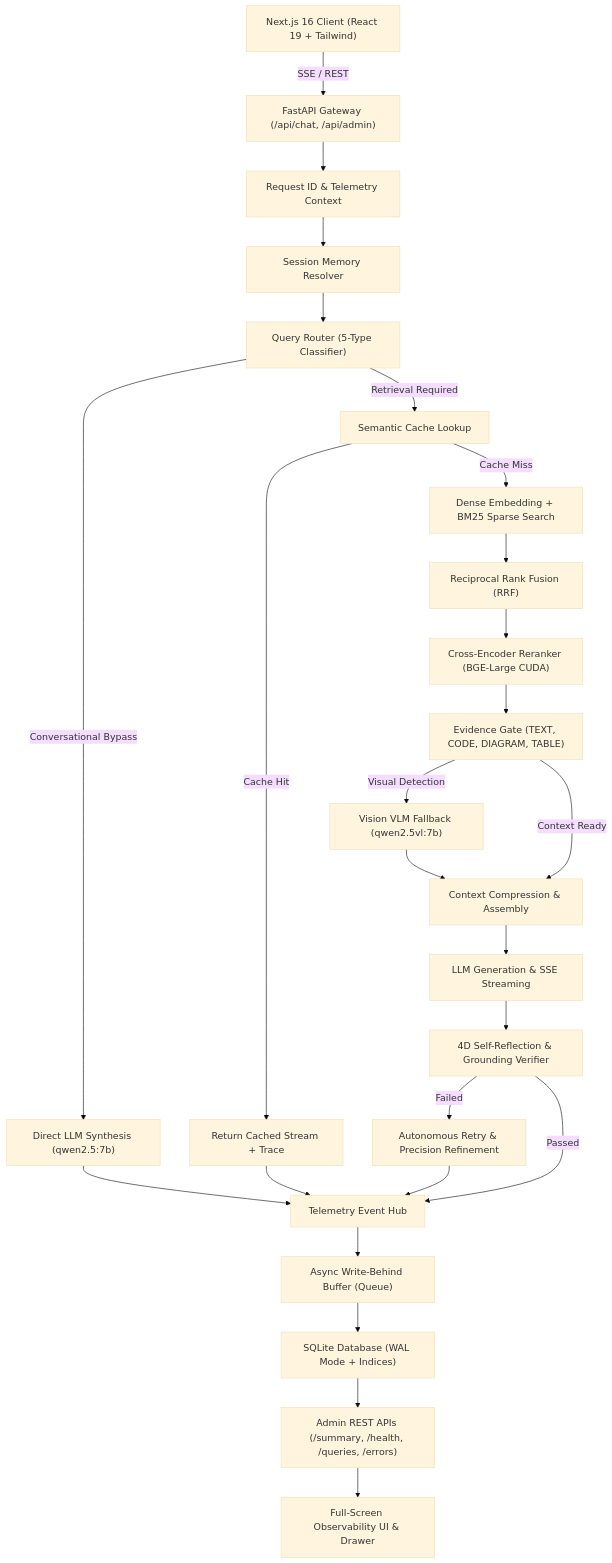
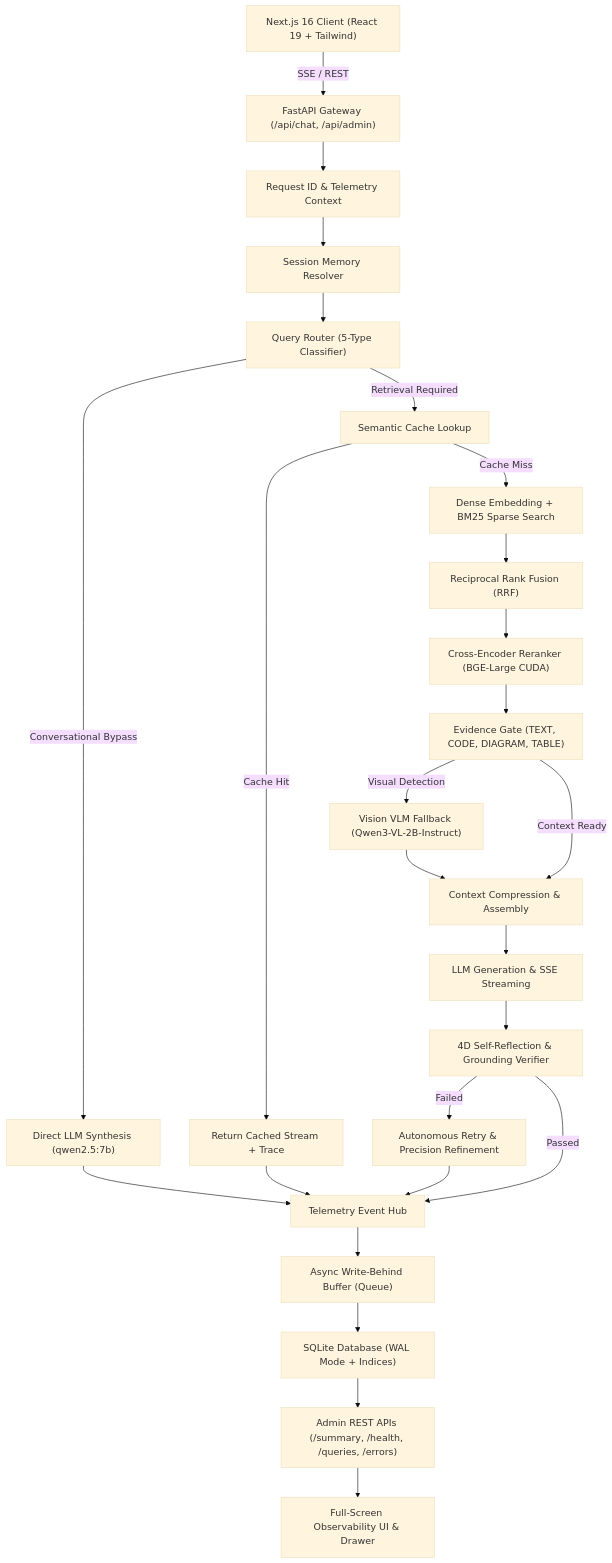
Before and after one commit to SoubhagyaJain/Company-policy-rag: the diagram in company_policy_rag/README.md, drawn with Mermaid (base theme). The commit also changed other lines of this file and 119 other files, not shown here.

````diff
--- a/company_policy_rag/README.md
+++ b/company_policy_rag/README.md
@@ -66,35 +66,35 @@
 ```mermaid
 flowchart TD
     UserClient["Next.js 16 Client (React 19 + Tailwind)"] -->|SSE / REST| FastAPIGateway["FastAPI Gateway (/api/chat, /api/admin)"]
     FastAPIGateway --> RequestIDContext["Request ID & Telemetry Context"]
     RequestIDContext --> MemoryResolver["Session Memory Resolver"]
     MemoryResolver --> QueryRouter["Query Router (5-Type Classifier)"]
 
     QueryRouter -->|Conversational Bypass| DirectSynthesis["Direct LLM Synthesis (qwen2.5:7b)"]
     QueryRouter -->|Retrieval Required| CacheCheck["Semantic Cache Lookup"]
 
     CacheCheck -->|Cache Hit| ReturnCached["Return Cached Stream + Trace"]
     CacheCheck -->|Cache Miss| HybridSearch["Dense Embedding + BM25 Sparse Search"]
 
     HybridSearch --> RRFFusion["Reciprocal Rank Fusion (RRF)"]
     RRFFusion --> CrossEncoderRerank["Cross-Encoder Reranker (BGE-Large CUDA)"]
     CrossEncoderRerank --> EvidenceClassifier["Evidence Gate (TEXT, CODE, DIAGRAM, TABLE)"]
 
-    EvidenceClassifier -->|Visual Detection| VisionExtraction["Vision VLM Fallback (qwen2.5vl:7b)"]
+    EvidenceClassifier -->|Visual Detection| VisionExtraction["Vision VLM Fallback (Qwen3-VL-2B-Instruct)"]
     EvidenceClassifier -->|Context Ready| ContextAssembly["Context Compression & Assembly"]
     VisionExtraction --> ContextAssembly
 
     ContextAssembly --> LLMStream["LLM Generation & SSE Streaming"]
     LLMStream --> VerifierGate["4D Self-Reflection & Grounding Verifier"]
 
     VerifierGate -->|Failed| RetryEngine["Autonomous Retry & Precision Refinement"]
     VerifierGate -->|Passed| TelemetryPipeline["Telemetry Event Hub"]
     DirectSynthesis --> TelemetryPipeline
     ReturnCached --> TelemetryPipeline
     RetryEngine --> TelemetryPipeline
 
     TelemetryPipeline --> WriteBehindQueue["Async Write-Behind Buffer (Queue)"]
     WriteBehindQueue --> SQLiteWAL["SQLite Database (WAL Mode + Indices)"]
     SQLiteWAL --> ObservabilityAPI["Admin REST APIs (/summary, /health, /queries, /errors)"]
     ObservabilityAPI --> FullScreenUI["Full-Screen Observability UI & Drawer"]
 ```
````
